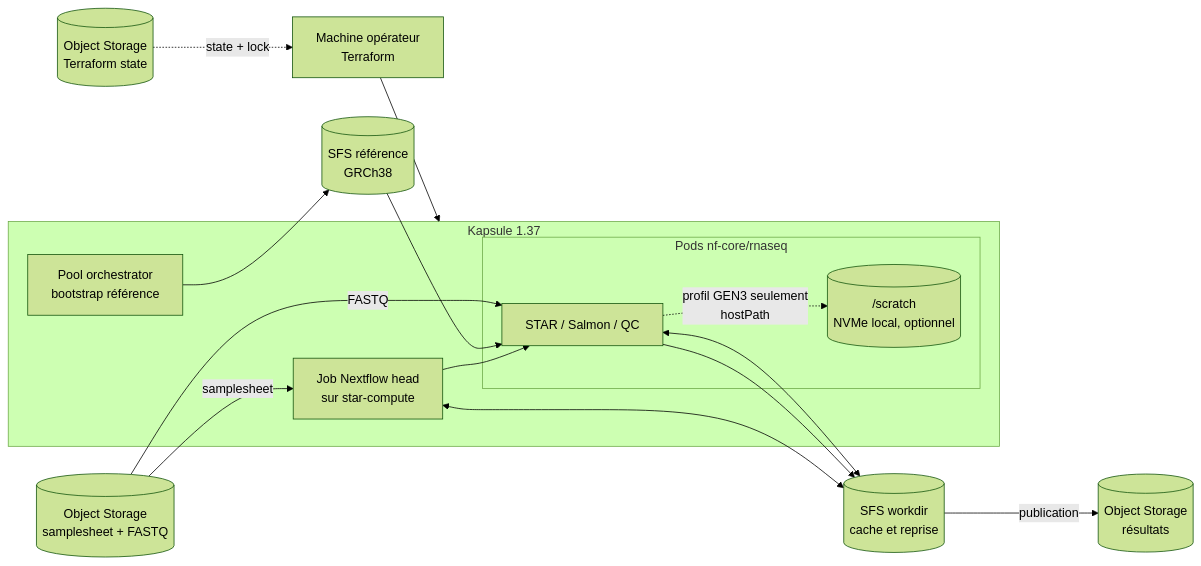
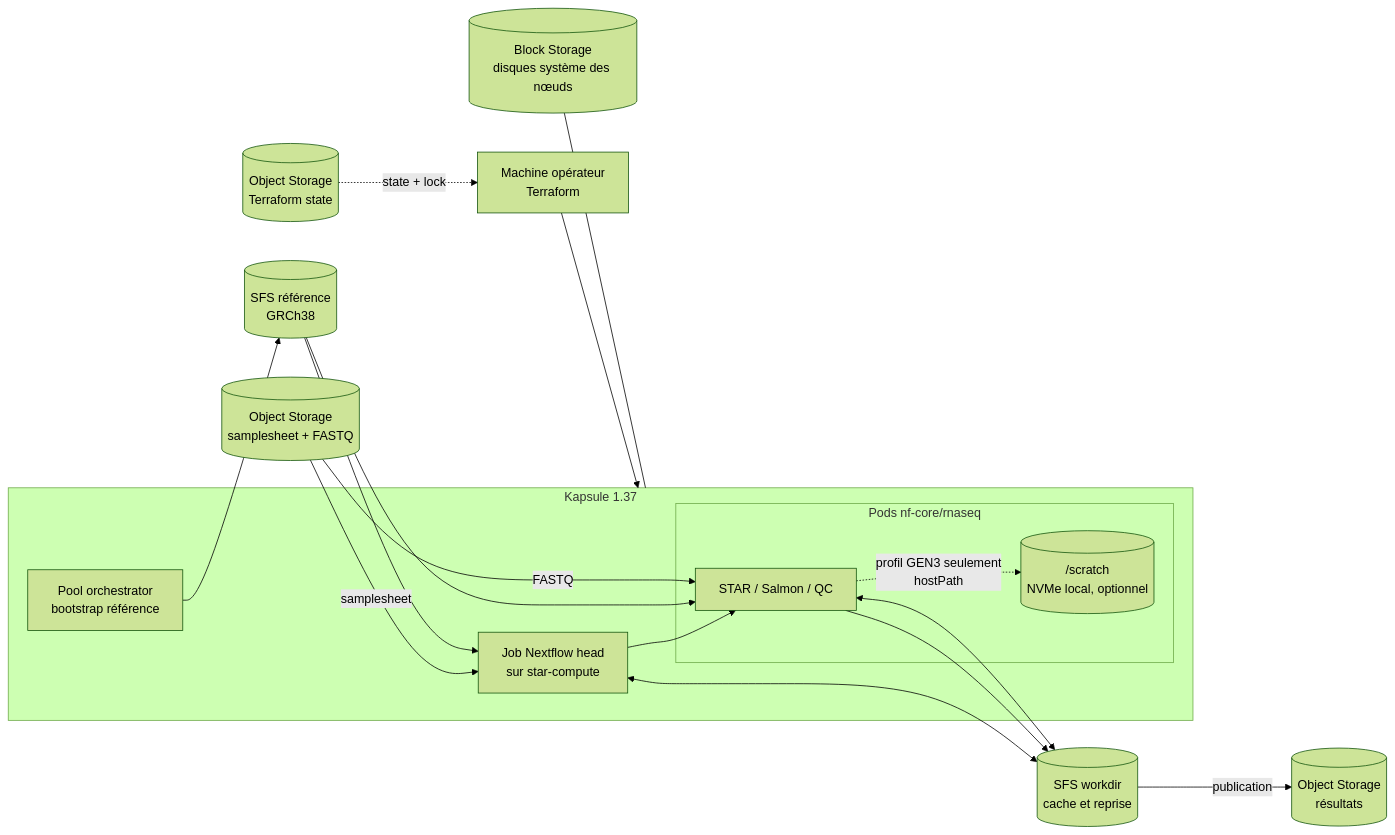
Before and after one commit to fg-scw/genomic-scw-nextflow: the diagram in README.md, drawn with Mermaid (forest theme). The commit also changed other lines of this file and 29 other files, not shown here.

````diff
--- a/README.md
+++ b/README.md
@@ -7,23 +7,25 @@
 ```mermaid
 flowchart LR
   S3IN[("Object Storage<br/>samplesheet + FASTQ")] -->|samplesheet| HEAD
   OP["Machine opérateur<br/>Terraform"] --> K
   subgraph K["Kapsule 1.37"]
     ORCH["Pool orchestrator<br/>bootstrap référence"]
     HEAD["Job Nextflow head<br/>sur star-compute"]
     subgraph TASK["Pods nf-core/rnaseq"]
       STAR["STAR / Salmon / QC"]
       SCRATCH[("/scratch<br/>NVMe local, optionnel")]
     end
     HEAD --> STAR
   end
   ORCH --> REFVOL[("SFS référence<br/>GRCh38")]
+  REFVOL --> HEAD
   REFVOL --> STAR
+  BLOCK[("Block Storage<br/>disques système des nœuds")] --- K
   S3IN -->|FASTQ| STAR
   WORK[("SFS workdir<br/>cache et reprise")] <--> HEAD
   WORK <--> STAR
   STAR --> WORK
   WORK -->|publication| S3OUT[("Object Storage<br/>résultats")]
   STAR -. "profil GEN3 seulement<br/>hostPath" .-> SCRATCH
   STATE[("Object Storage<br/>Terraform state")] -. "state + lock" .-> OP
 ```
````
